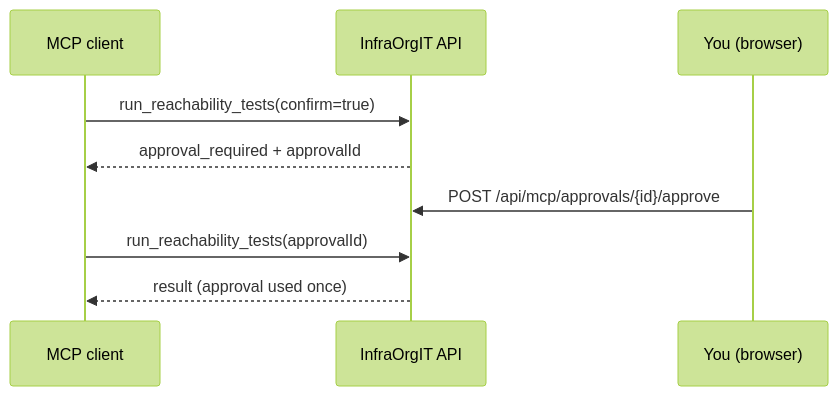
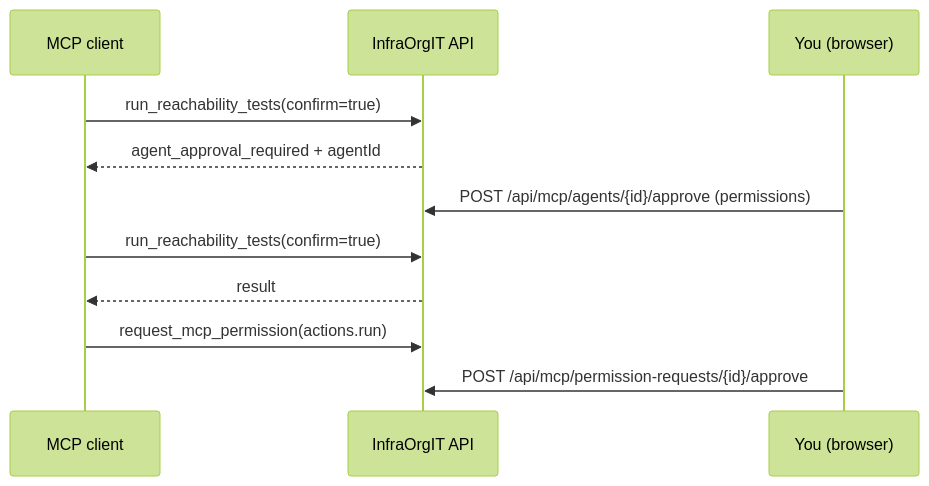
Before and after one commit to SenseiKiritof/InfraOrgITApi: the diagram in README.md, drawn with Mermaid (forest theme). The commit also changed other lines of this file and 19 other files, not shown here.

Commit message:
feat(mcp): approve agents once with individual permissions

````diff
--- a/README.md
+++ b/README.md
@@ -69,12 +73,14 @@
 ```mermaid
 sequenceDiagram
     participant AI as MCP client
     participant API as InfraOrgIT API
     participant You as You (browser)
 
     AI->>API: run_reachability_tests(confirm=true)
-    API-->>AI: approval_required + approvalId
-    You->>API: POST /api/mcp/approvals/{id}/approve
-    AI->>API: run_reachability_tests(approvalId)
-    API-->>AI: result (approval used once)
+    API-->>AI: agent_approval_required + agentId
+    You->>API: POST /api/mcp/agents/{id}/approve (permissions)
+    AI->>API: run_reachability_tests(confirm=true)
+    API-->>AI: result
+    AI->>API: request_mcp_permission(actions.run)
+    You->>API: POST /api/mcp/permission-requests/{id}/approve
 ```
````
